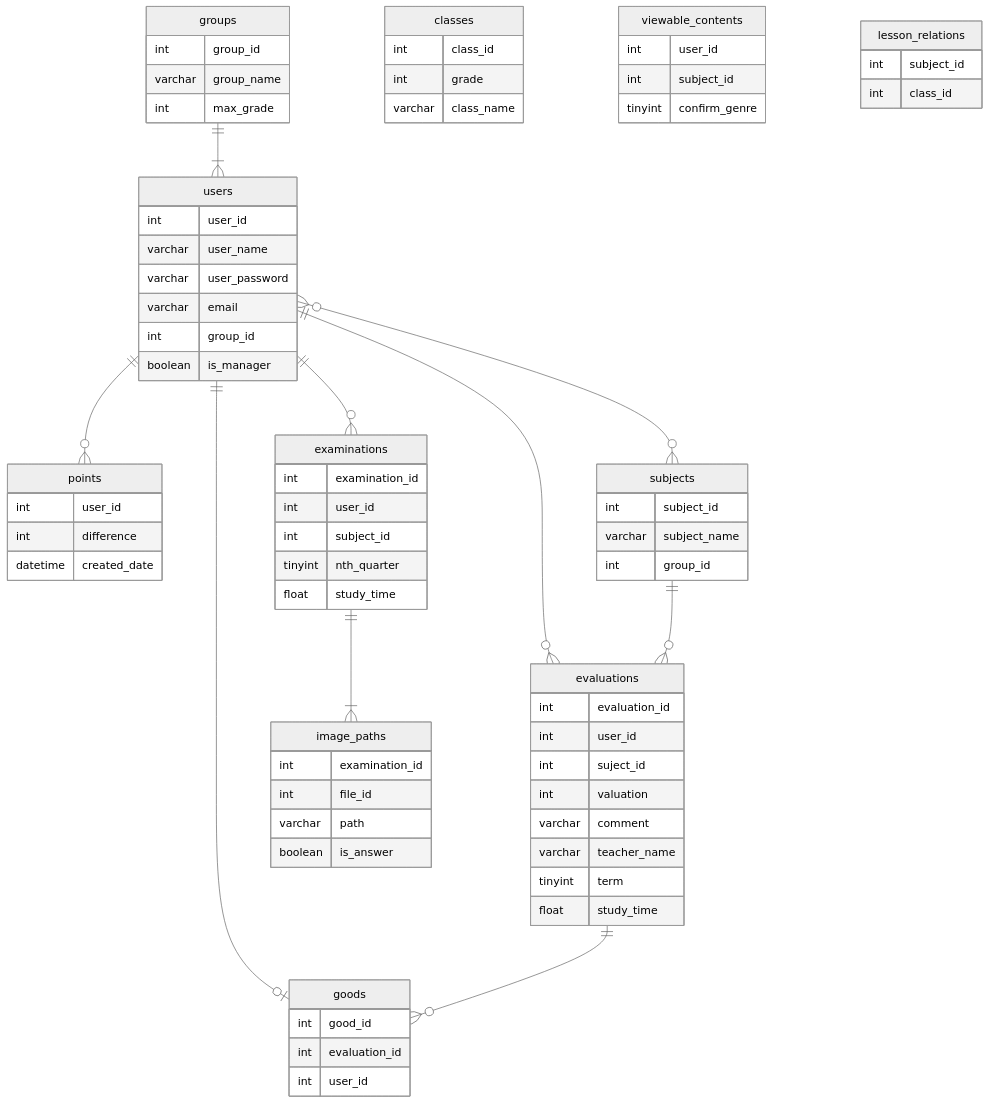
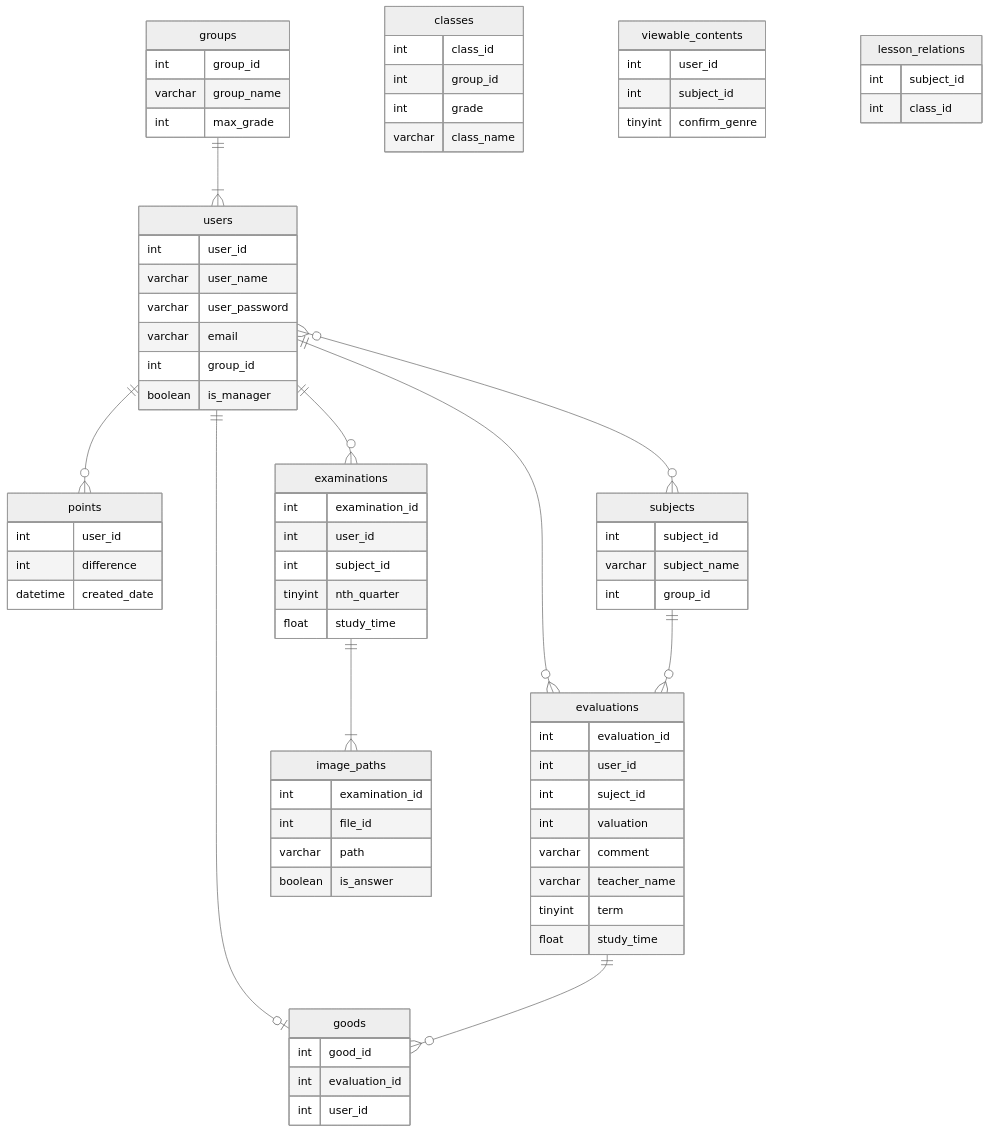
One commit to kinoshita0923/manabiba_backend changed the diagram in docs/ER.md. Above: the diagram before and after it, drawn with Mermaid (neutral theme). The commit also changed 1 other file, not shown here.

Commit message:
🐛 classesテーブルとgroupsテーブルを紐づけ、それに伴う習性を行った

```diff
--- a/docs/ER.md
+++ b/docs/ER.md
@@ -17,6 +17,7 @@
 
     classes {
         int class_id
+        int group_id
         int grade
         varchar class_name
     }
```
